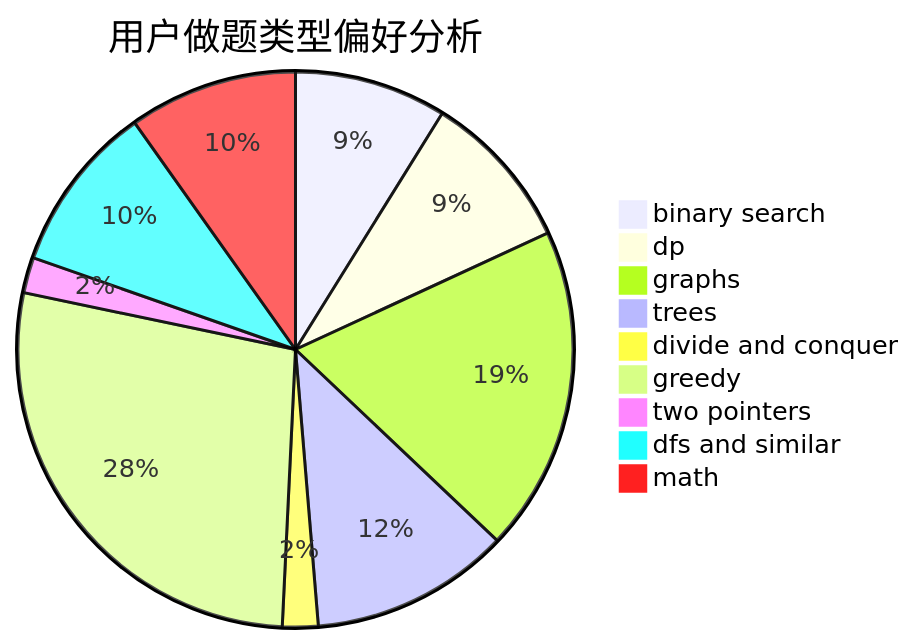
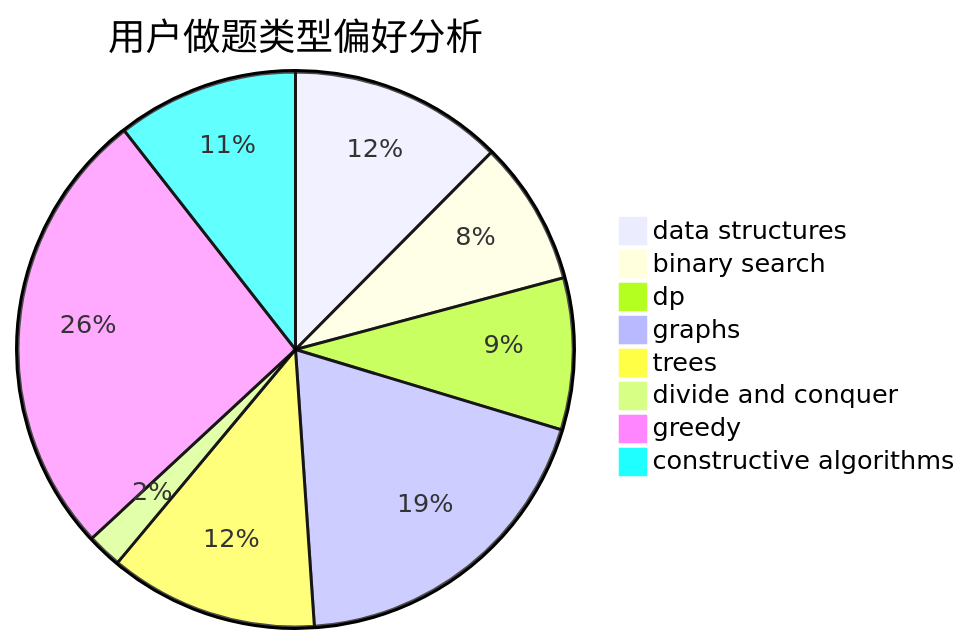
The second of 3 diagrams in docs/user/u415.md (sherpahu/cfrs.github.io), drawn with Mermaid before and after one commit. The commit also changed other lines of this file and 2775 other files, not shown here.

````diff
--- a/docs/user/u415.md
+++ b/docs/user/u415.md
@@ -23,12 +23,11 @@
 ```mermaid
 pie title 用户做题类型偏好分析
-    "binary search" :  64
-    "dp" :  67
-    "graphs" :  137
+    "data structures" :  86
+    "binary search" :  58
+    "dp" :  61
+    "graphs" :  133
     "trees" :  84
-    "divide and conquer" :  15
-    "greedy" :  199
-    "two pointers" :  15
-    "dfs and similar" :  71
-    "math" :  71
+    "divide and conquer" :  14
+    "greedy" :  182
+    "constructive algorithms" :  73
 ```
````
